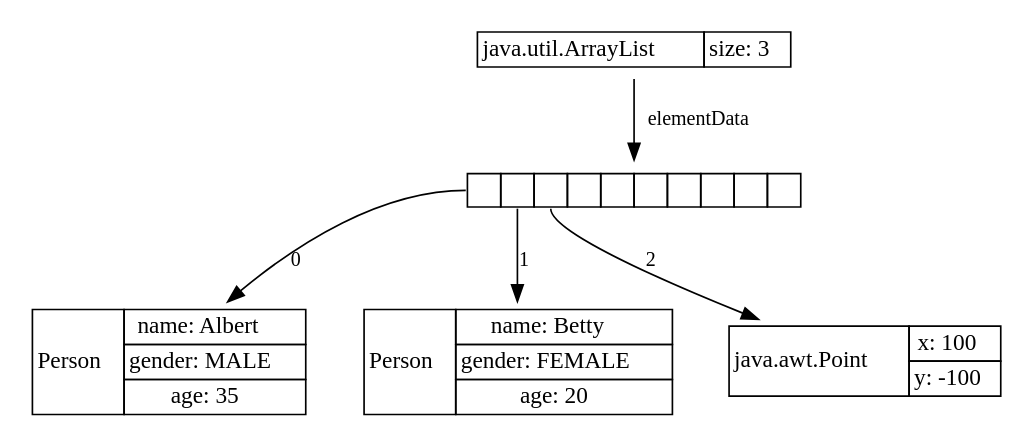
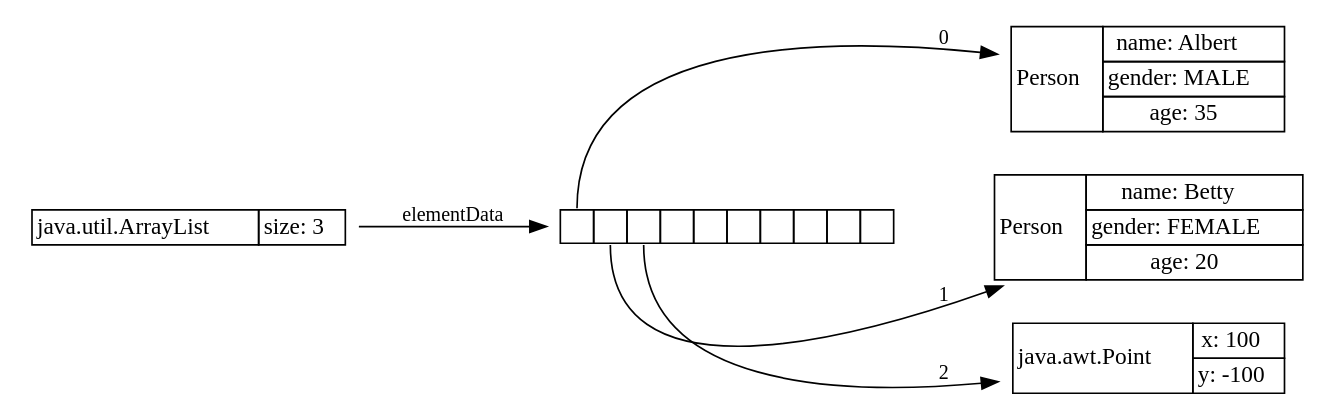
One commit to atp-mipt/ljv changed the sixth of 23 diagrams in slides/src/main/asciidoc/slides.adoc. Above: the diagram before and after it, drawn with Graphviz. The commit also changed other lines of this file and 1 other file, not shown here.

```diff
--- a/slides/src/main/asciidoc/slides.adoc
+++ b/slides/src/main/asciidoc/slides.adoc
@@ -953,83 +958,83 @@
 [graphviz]
 ----
 digraph Java {
-	rankdir="TB";
+	rankdir="LR";
 	node[shape=plaintext]
 	n1[label=<
 		<table border='0' cellborder='1' cellspacing='0'>
 			<tr>
 				<td rowspan='2'>java.util.ArrayList</td>
 			</tr>
 			<tr>
 				<td>size: 3</td>
 			</tr>
 		</table>
 	>];
 	n2[label=<
 		<table border='0' cellborder='1' cellspacing='0' cellpadding='9'>
 			<tr>
 				<td port="f0"></td>
 				<td port="f1"></td>
 				<td port="f2"></td>
 				<td port="f3"></td>
 				<td port="f4"></td>
 				<td port="f5"></td>
 				<td port="f6"></td>
 				<td port="f7"></td>
 				<td port="f8"></td>
 				<td port="f9"></td>
 			</tr>
 		</table>
 	>];
 	n3[label=<
 		<table border='0' cellborder='1' cellspacing='0'>
 			<tr>
 				<td rowspan='4'>Person</td>
 			</tr>
 			<tr>
 				<td>name: Albert</td>
 			</tr>
 			<tr>
 				<td>gender: MALE</td>
 			</tr>
 			<tr>
 				<td>age: 35</td>
 			</tr>
 		</table>
 	>];
 	n2:f0 -> n3[label="0",fontsize=12];
 	n4[label=<
 		<table border='0' cellborder='1' cellspacing='0'>
 			<tr>
 				<td rowspan='4'>Person</td>
 			</tr>
 			<tr>
 				<td>name: Betty</td>
 			</tr>
 			<tr>
 				<td>gender: FEMALE</td>
 			</tr>
 			<tr>
 				<td>age: 20</td>
 			</tr>
 		</table>
 	>];
 	n2:f1 -> n4[label="1",fontsize=12];
 	n5[label=<
 		<table border='0' cellborder='1' cellspacing='0'>
 			<tr>
 				<td rowspan='3'>java.awt.Point</td>
 			</tr>
 			<tr>
 				<td>x: 100</td>
 			</tr>
 			<tr>
 				<td>y: -100</td>
 			</tr>
 		</table>
 	>];
 	n2:f2 -> n5[label="2",fontsize=12];
 	n1 -> n2[label="elementData",fontsize=12];
 }
 
 ----
```
